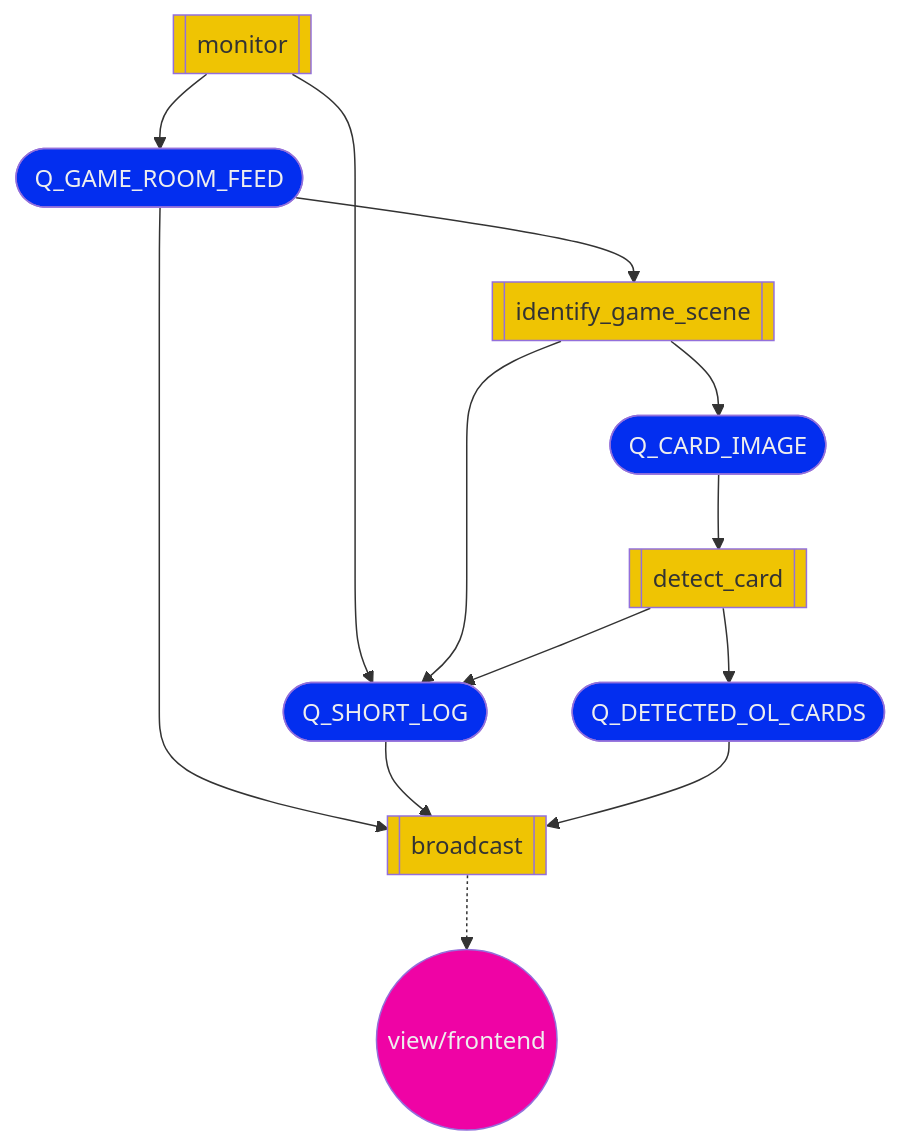
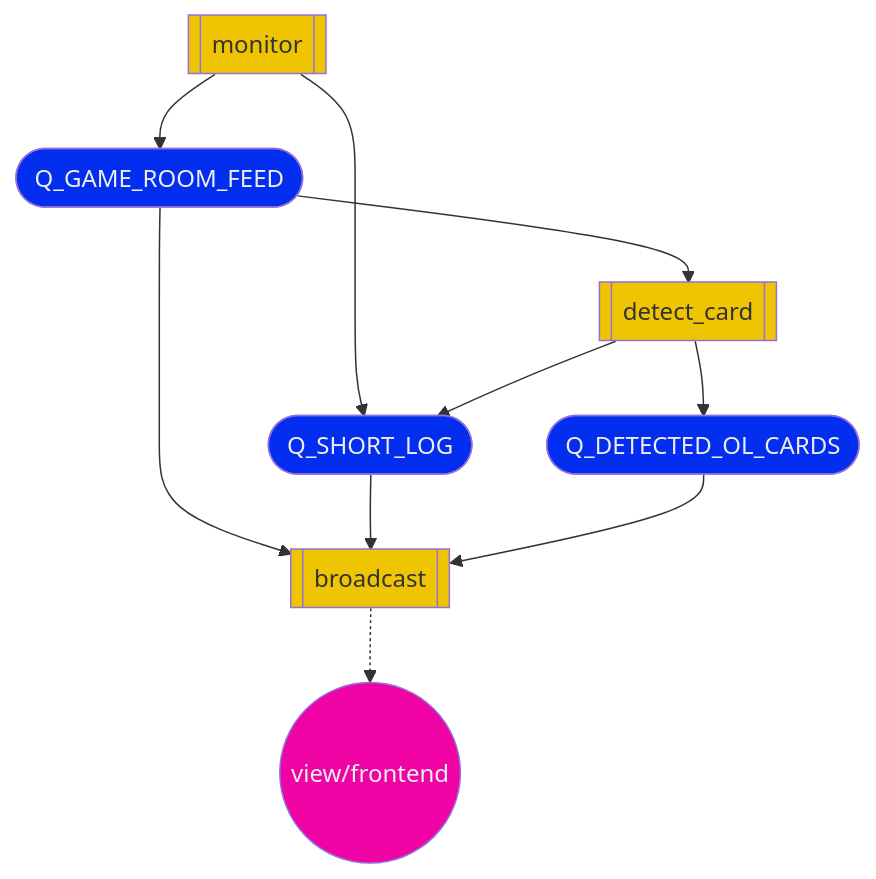
One commit to philsuess/descentinel changed the second of 2 diagrams in README.md. Above: the diagram before and after it, drawn with Mermaid. The commit also changed other lines of this file and 17 other files, not shown here.

First line of the commit message:
refactor(identify_game_scene): :fire: remove identify game scene service

````diff
--- a/README.md
+++ b/README.md
@@ -25,33 +25,27 @@
 ```mermaid
 graph TD;
     classDef service fill:#EFC403
     classDef queue fill:#032EEF,color:#eee
 
     Q_GAME_ROOM_FEED([Q_GAME_ROOM_FEED]):::queue
-    Q_CARD_IMAGE([Q_CARD_IMAGE]):::queue
     Q_DETECTED_OL_CARDS([Q_DETECTED_OL_CARDS]):::queue
     Q_SHORT_LOG([Q_SHORT_LOG]):::queue
 
     monitor[[monitor]]:::service
     monitor-->Q_GAME_ROOM_FEED;
     monitor-->Q_SHORT_LOG;
 
-    identify_game_scene[[identify_game_scene]]:::service
-    Q_GAME_ROOM_FEED-->identify_game_scene;
-    identify_game_scene-->Q_CARD_IMAGE;
-    identify_game_scene-->Q_SHORT_LOG;
-
     detect_card[[detect_card]]:::service
-    Q_CARD_IMAGE-->detect_card;
+    Q_GAME_ROOM_FEED-->detect_card;
     detect_card-->Q_DETECTED_OL_CARDS;
     detect_card-->Q_SHORT_LOG;
 
     broadcast[[broadcast]]:::service
     Q_GAME_ROOM_FEED-->broadcast
     Q_SHORT_LOG-->broadcast;
     Q_DETECTED_OL_CARDS-->broadcast;
 
     view((view/frontend))
     style view fill:#EF03A5,color:#eee
     broadcast-.->view
 ```
````
